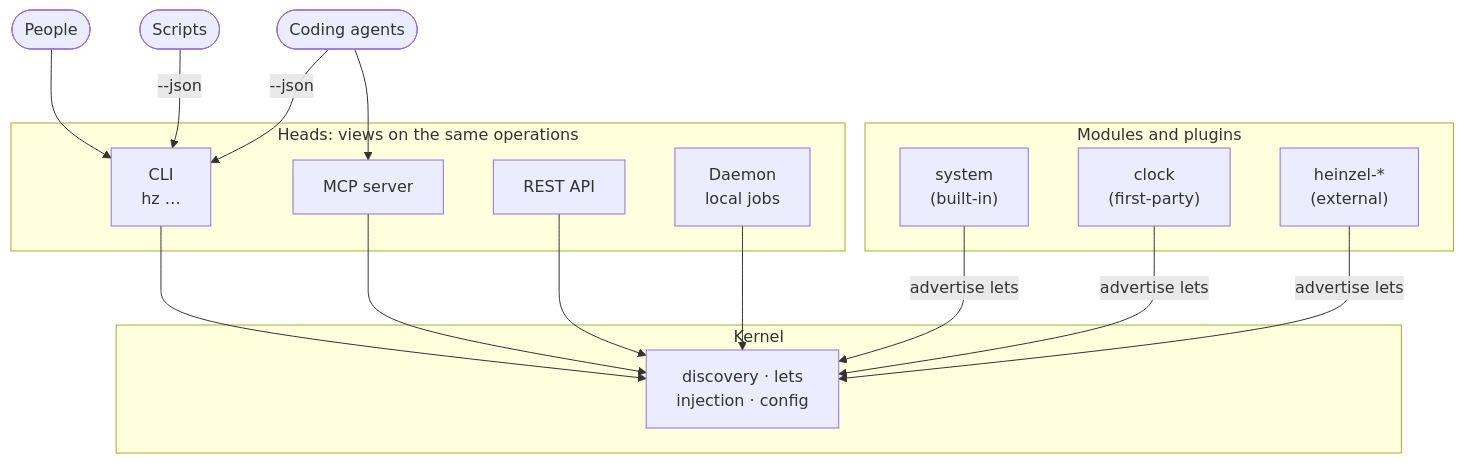
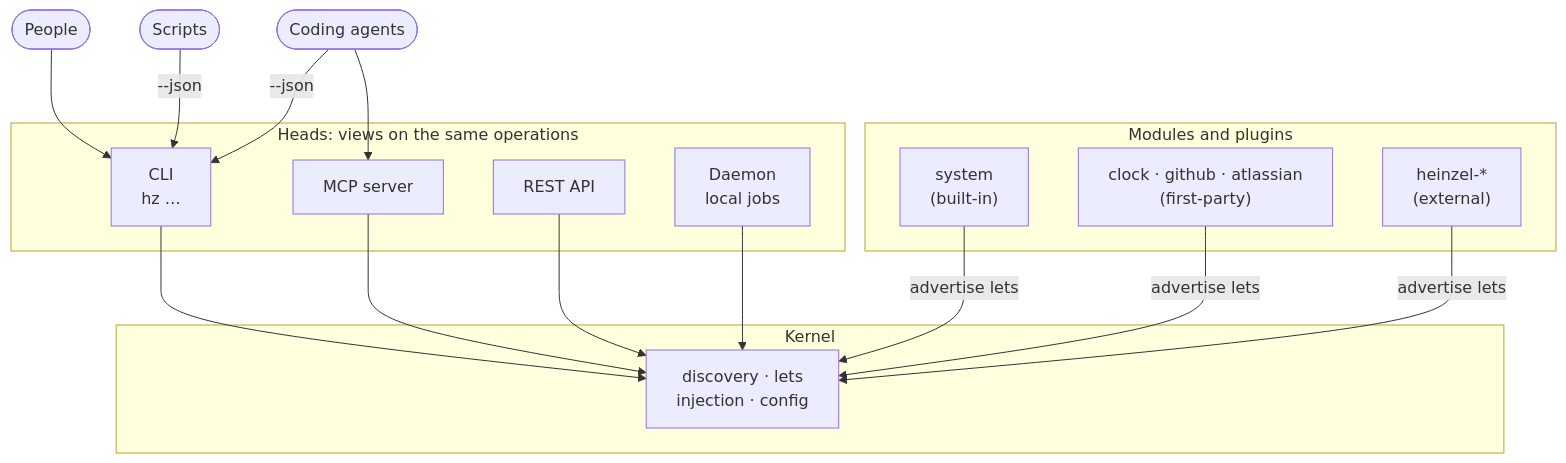
One commit to helmut-hoffer-von-ankershoffen/heinzel changed the diagram in README.md. Above: the diagram before and after it, drawn with Mermaid. The commit also changed other lines of this file and 73 other files, not shown here.

First line of the commit message:
feat(plugin): GitHub and Atlassian adapters as first-party plugins

````diff
--- a/README.md
+++ b/README.md
@@ -95,23 +95,23 @@
 ```mermaid
 flowchart TB
     People(["People"]) --> CLI
     Scripts(["Scripts"]) -- "--json" --> CLI
     Agents(["Coding agents"]) -- "--json" --> CLI
     Agents --> MCP
     subgraph Heads["Heads: views on the same operations"]
         CLI["CLI<br/>hz …"]
         MCP["MCP server"]
         REST["REST API"]
         Daemon["Daemon<br/>local jobs"]
     end
     subgraph Kernel["Kernel"]
         Core["discovery · lets<br/>injection · config"]
     end
     subgraph Modules["Modules and plugins"]
         System["system<br/>(built-in)"]
-        Clock["clock<br/>(first-party)"]
+        Clock["clock · github · atlassian<br/>(first-party)"]
         Ext["heinzel-*<br/>(external)"]
     end
     CLI & MCP & REST & Daemon --> Core
     System & Clock & Ext -- "advertise lets" --> Core
 ```
````
